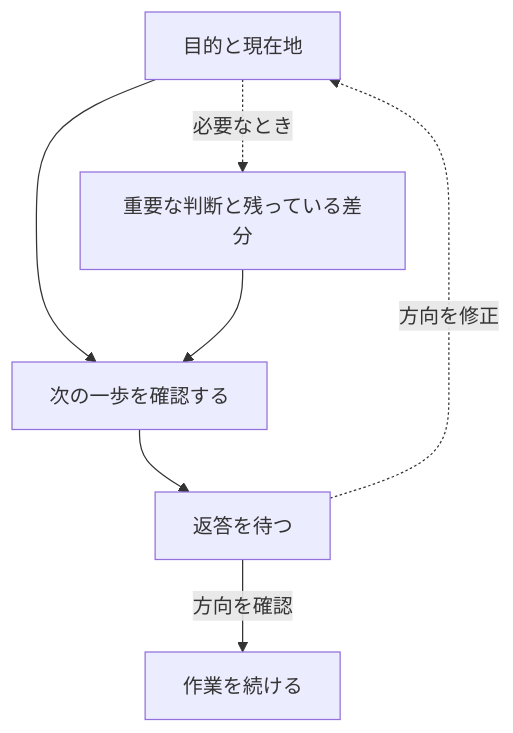
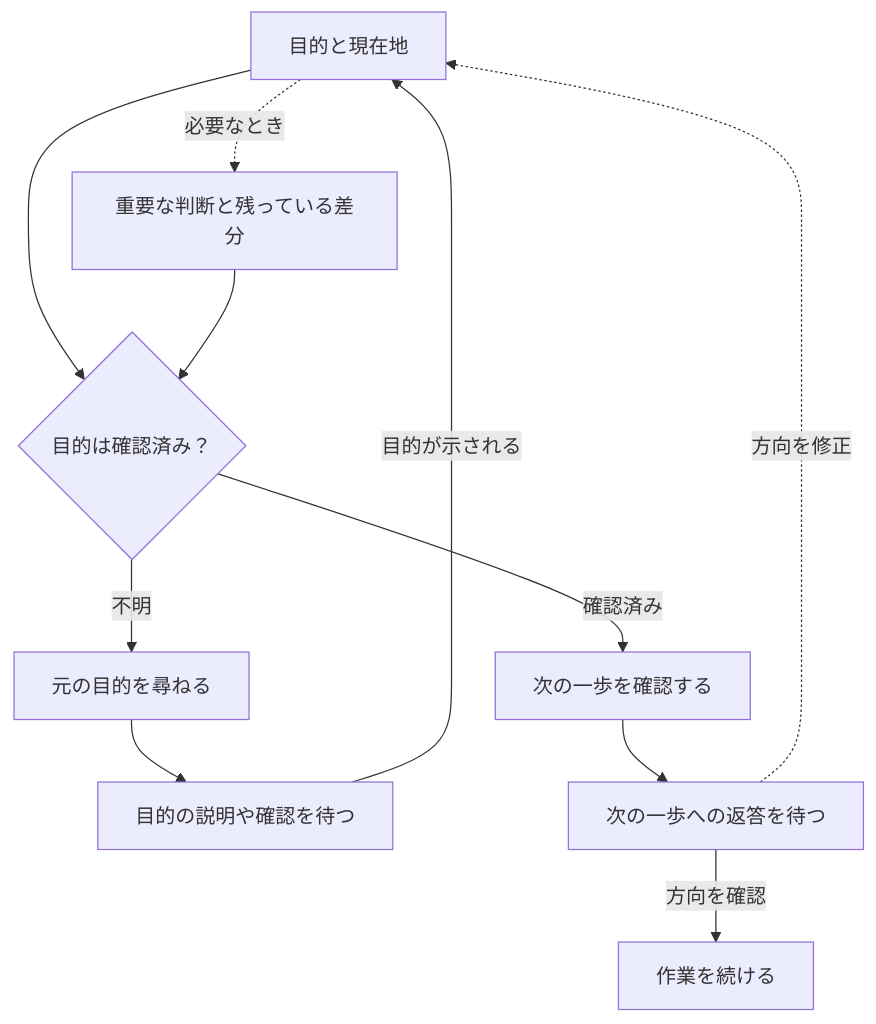
The diagram in loom-workflow/skills/recap-state/README.ja.md (kouko/loom-plugins), drawn with Mermaid before and after one commit. The commit also changed other lines of this file and 3 other files, not shown here.

````diff
--- a/loom-workflow/skills/recap-state/README.ja.md
+++ b/loom-workflow/skills/recap-state/README.ja.md
@@ -30,9 +30,13 @@
 ```mermaid
 graph TB
-    Purpose["目的と現在地"] --> Next["次の一歩を確認する"]
+    Purpose["目的と現在地"] --> Check{"目的は確認済み？"}
     Purpose -.->|"必要なとき"| History["重要な判断と残っている差分"]
-    History --> Next
-    Next --> Wait["返答を待つ"]
-    Wait -.->|"方向を修正"| Purpose
-    Wait -->|"方向を確認"| Continue["作業を続ける"]
+    History --> Check
+    Check -->|"不明"| AskPurpose["元の目的を尋ねる"]
+    Check -->|"確認済み"| Next["次の一歩を確認する"]
+    AskPurpose --> WaitPurpose["目的の説明や確認を待つ"]
+    Next --> WaitNext["次の一歩への返答を待つ"]
+    WaitPurpose -->|"目的が示される"| Purpose
+    WaitNext -.->|"方向を修正"| Purpose
+    WaitNext -->|"方向を確認"| Continue["作業を続ける"]
 ```
````
